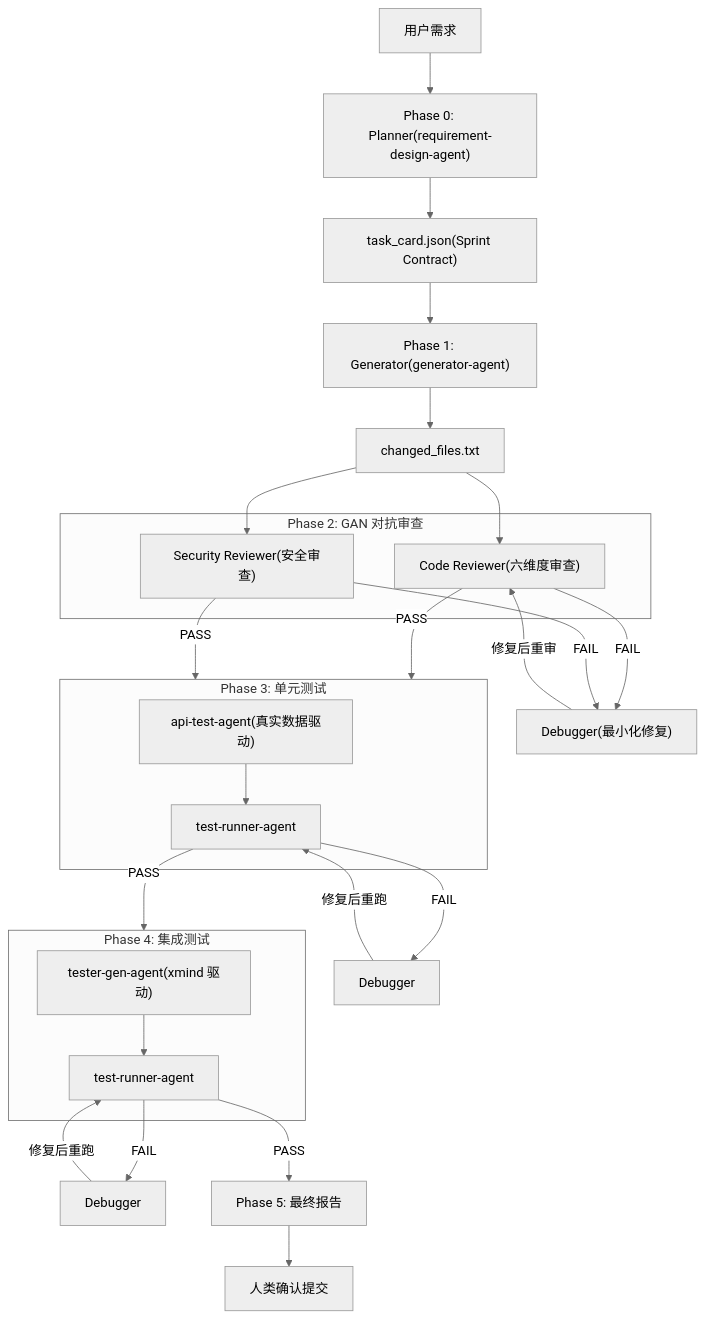
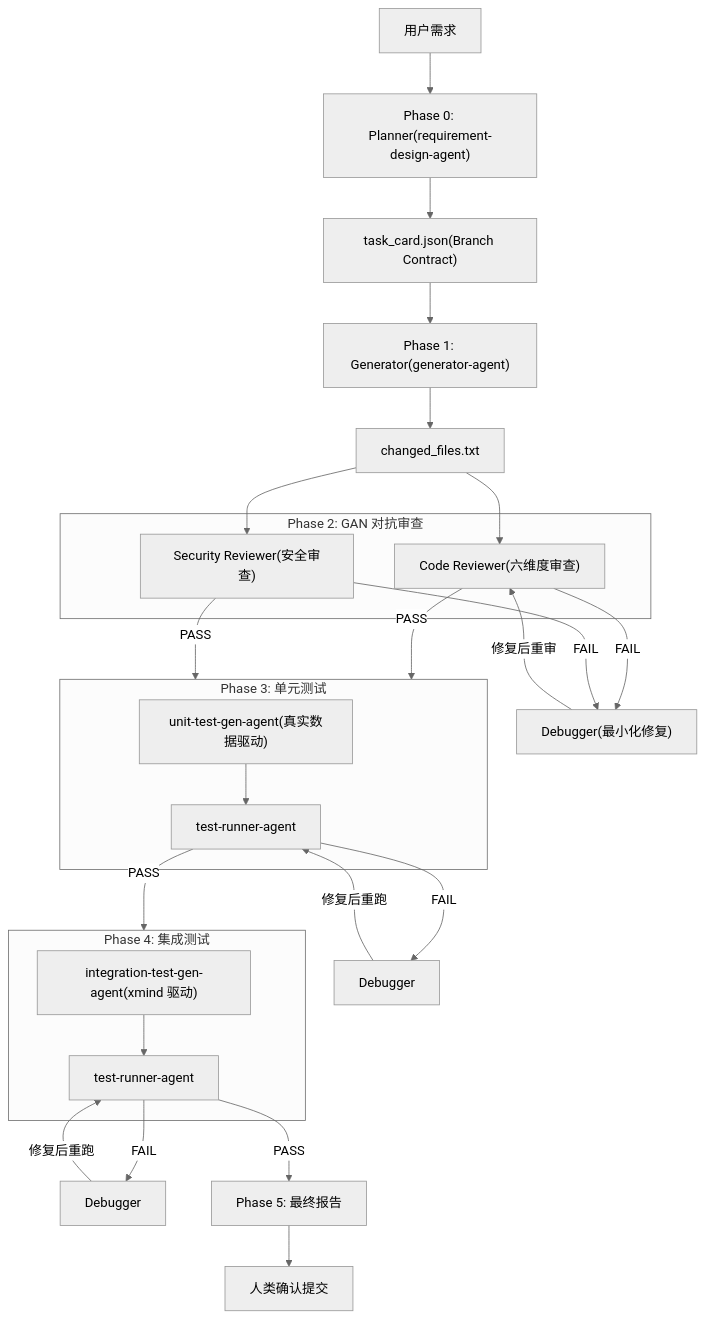
One commit to jindon1020/fast-harness changed the diagram in docs/guide.md. Above: the diagram before and after it, drawn with Mermaid (neutral theme). The commit also changed other lines of this file and 11 other files, not shown here.

````diff
--- a/docs/guide.md
+++ b/docs/guide.md
@@ -250,52 +251,52 @@
 ```mermaid
 flowchart TD
     UserInput["用户需求"]
     Planner["Phase 0: Planner(requirement-design-agent)"]
-    TaskCard["task_card.json(Sprint Contract)"]
+    TaskCard["task_card.json(Branch Contract)"]
     Generator["Phase 1: Generator(generator-agent)"]
     ChangedFiles["changed_files.txt"]
 
     subgraph GAN["Phase 2: GAN 对抗审查"]
         CR["Code Reviewer(六维度审查)"]
         SR["Security Reviewer(安全审查)"]
     end
 
     Debugger1["Debugger(最小化修复)"]
 
     subgraph UnitTest["Phase 3: 单元测试"]
-        ApiTest["api-test-agent(真实数据驱动)"]
+        ApiTest["unit-test-gen-agent(真实数据驱动)"]
         Runner1["test-runner-agent"]
     end
 
     Debugger2["Debugger"]
 
     subgraph IntegrationTest["Phase 4: 集成测试"]
-        TesterGen["tester-gen-agent(xmind 驱动)"]
+        TesterGen["integration-test-gen-agent(xmind 驱动)"]
         Runner2["test-runner-agent"]
     end
 
     Debugger3["Debugger"]
     Report["Phase 5: 最终报告"]
     HumanConfirm["人类确认提交"]
 
     UserInput --> Planner
     Planner --> TaskCard
     TaskCard --> Generator
     Generator --> ChangedFiles
     ChangedFiles --> CR
     ChangedFiles --> SR
     CR -->|"PASS"| UnitTest
     SR -->|"PASS"| UnitTest
     CR -->|"FAIL"| Debugger1
     SR -->|"FAIL"| Debugger1
     Debugger1 -->|"修复后重审"| CR
     ApiTest --> Runner1
     Runner1 -->|"PASS"| IntegrationTest
     Runner1 -->|"FAIL"| Debugger2
     Debugger2 -->|"修复后重跑"| Runner1
     TesterGen --> Runner2
     Runner2 -->|"PASS"| Report
     Runner2 -->|"FAIL"| Debugger3
     Debugger3 -->|"修复后重跑"| Runner2
     Report --> HumanConfirm
 ```
````
